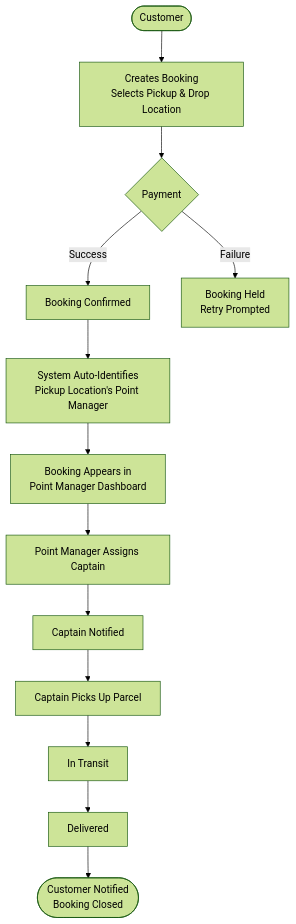
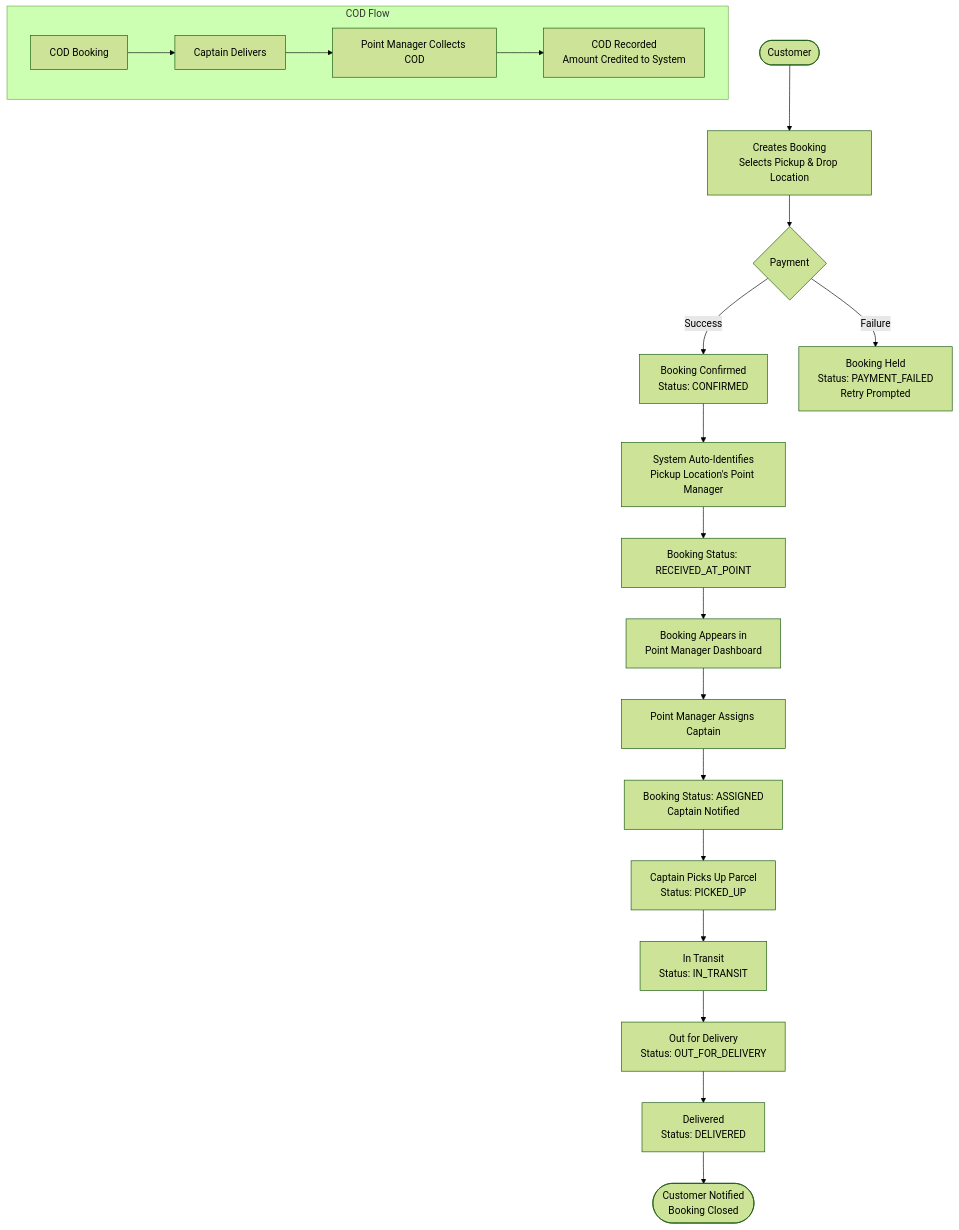
Before and after one commit to anilkumar0503/villageexpress: the first of 16 diagrams in flowcharts.md, drawn with Mermaid (forest theme). The commit also changed other lines of this file and 31 other files, not shown here.

````diff
--- a/flowcharts.md
+++ b/flowcharts.md
@@ -9,15 +9,23 @@
 ```mermaid
 flowchart TD
     A([Customer]) --> B[Creates Booking\nSelects Pickup & Drop Location]
     B --> C{Payment}
-    C -->|Success| D[Booking Confirmed]
-    C -->|Failure| E[Booking Held\nRetry Prompted]
+    C -->|Success| D[Booking Confirmed\nStatus: CONFIRMED]
+    C -->|Failure| E[Booking Held\nStatus: PAYMENT_FAILED\nRetry Prompted]
     D --> F[System Auto-Identifies\nPickup Location's Point Manager]
-    F --> G[Booking Appears in\nPoint Manager Dashboard]
-    G --> H[Point Manager Assigns Captain]
-    H --> I[Captain Notified]
-    I --> J[Captain Picks Up Parcel]
-    J --> K[In Transit]
-    K --> L[Delivered]
-    L --> M([Customer Notified\nBooking Closed])
+    F --> G[Booking Status: RECEIVED_AT_POINT]
+    G --> H[Booking Appears in\nPoint Manager Dashboard]
+    H --> I[Point Manager Assigns Captain]
+    I --> J[Booking Status: ASSIGNED\nCaptain Notified]
+    J --> K[Captain Picks Up Parcel\nStatus: PICKED_UP]
+    K --> L[In Transit\nStatus: IN_TRANSIT]
+    L --> M[Out for Delivery\nStatus: OUT_FOR_DELIVERY]
+    M --> N[Delivered\nStatus: DELIVERED]
+    N --> O([Customer Notified\nBooking Closed])
+
+    subgraph COD Flow
+        P[COD Booking] --> Q[Captain Delivers]
+        Q --> R[Point Manager Collects COD]
+        R --> S[COD Recorded\nAmount Credited to System]
+    end
 ```
````
